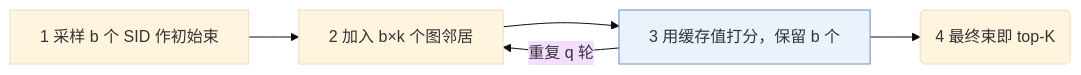
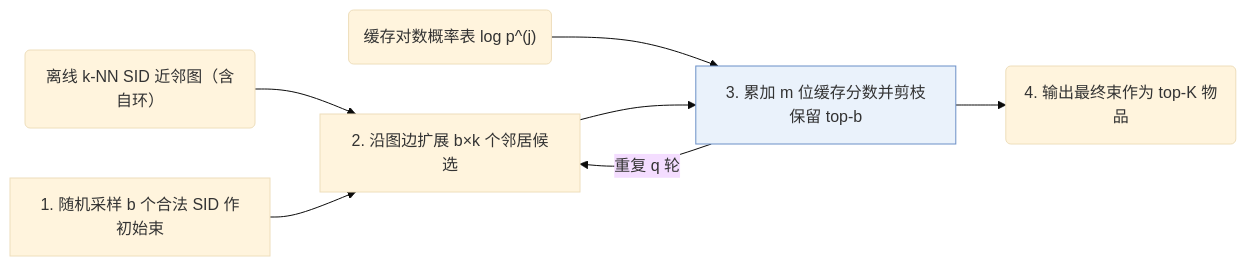
One commit to Galaxy-ghost/Awesome-SID-Generative-Rec changed the second of 2 diagrams in notes/zh/rpg.md. Above: the diagram before and after it, drawn with Mermaid (base theme). The commit also changed other lines of this file and 649 other files, not shown here.

Commit message:
writer-05: also tags and modality index (schema, check, build, visuals); summary field removed; calibration data for 12 papers

````diff
--- a/notes/zh/rpg.md
+++ b/notes/zh/rpg.md
@@ -128,8 +131,10 @@
 ```mermaid
 flowchart LR
-    S1["1 采样 b 个 SID 作初始束"] --> S2["2 加入 b×k 个图邻居"]
-    S2 --> S3["3 用缓存值打分，保留 b 个"]:::key
-    S3 -->|重复 q 轮| S2
-    S3 --> S4("4 最终束即 top-K")
+    G("离线 k-NN SID 近邻图（含自环）") --> S2
+    S1["1. 随机采样 b 个合法 SID 作初始束"] --> S2["2. 沿图边扩展 b×k 个邻居候选"]
+    C("缓存对数概率表 log p^(j)") --> S3["3. 累加 m 位缓存分数并剪枝保留 top-b"]:::key
+    S2 --> S3
+    S3 -->|"重复 q 轮"| S2
+    S3 --> S4("4. 输出最终束作为 top-K 物品")
     classDef key fill:#eaf2fb,stroke:#6b8fc7
 ```
````
